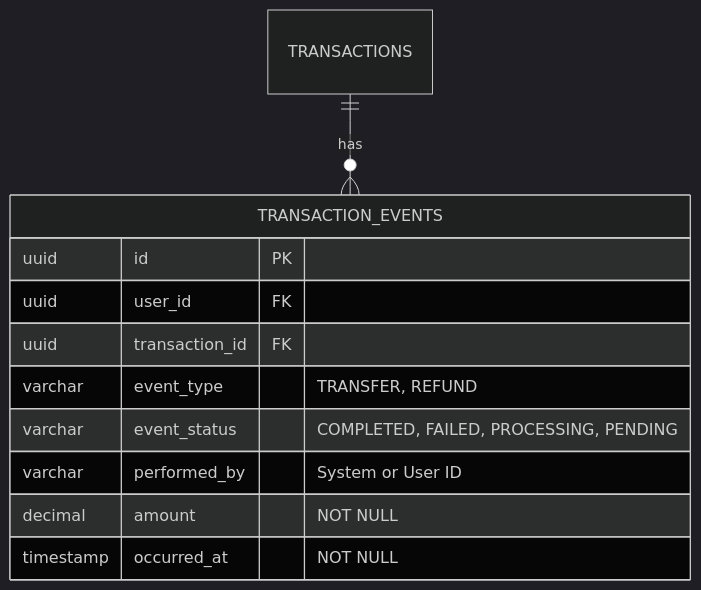
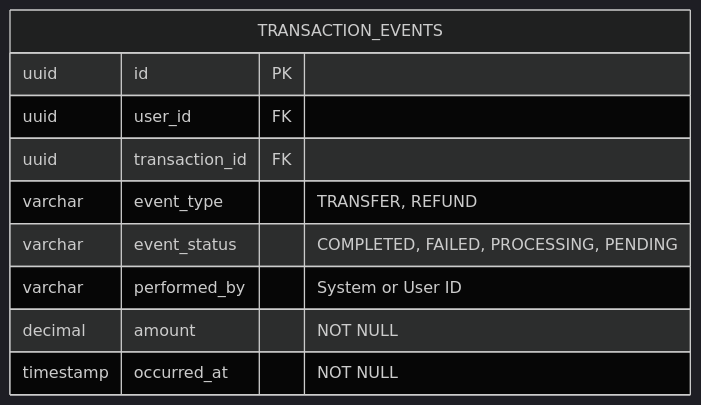
Before and after one commit to brunorp/ontop-challenge: the eighth of 8 diagrams in README.md, drawn with Mermaid (dark theme). The commit also changed other lines of this file, not shown here.

````diff
--- a/README.md
+++ b/README.md
@@ -622,15 +648,13 @@
 ```mermaid
 erDiagram
-    TRANSACTIONS ||--o{ TRANSACTION_EVENTS : has
-    
     TRANSACTION_EVENTS {
         uuid id PK
         uuid user_id FK
         uuid transaction_id FK
         varchar event_type "TRANSFER, REFUND"
         varchar event_status "COMPLETED, FAILED, PROCESSING, PENDING"
         varchar performed_by "System or User ID"
         decimal amount "NOT NULL"
         timestamp occurred_at "NOT NULL"
     }
 ```
````
